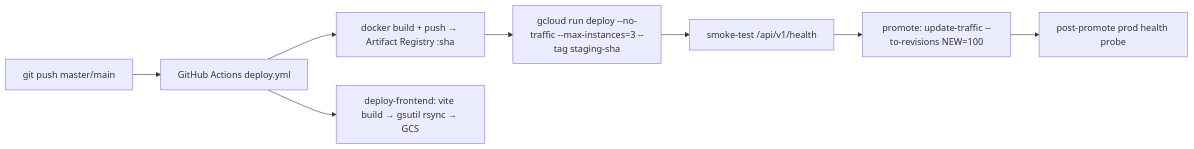
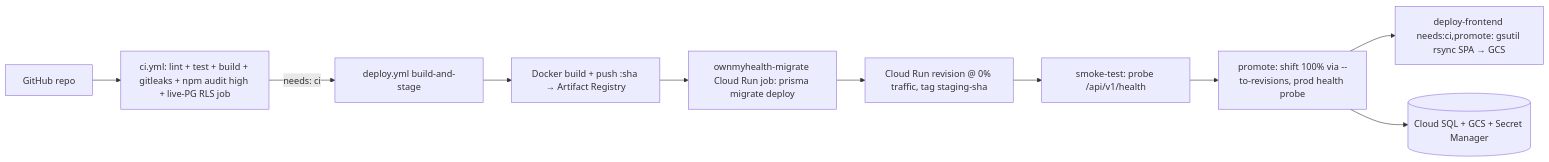
One commit to breilly1296/OwnMyHealth-Claude changed the ninth of 10 diagrams in New Project Documents/ARCHITECTURE.md. Above: the diagram before and after it, drawn with Mermaid. The commit also changed other lines of this file and 146 other files, not shown here.

````diff
--- a/New Project Documents/ARCHITECTURE.md
+++ b/New Project Documents/ARCHITECTURE.md
@@ -631,10 +636,12 @@
 ```mermaid
 flowchart LR
-  A[git push master/main] --> B[GitHub Actions deploy.yml]
-  B --> C[docker build + push → Artifact Registry :sha]
-  C --> D[gcloud run deploy --no-traffic --max-instances=3 --tag staging-sha]
-  D --> E[smoke-test /api/v1/health]
-  E --> F[promote: update-traffic --to-revisions NEW=100]
-  F --> G[post-promote prod health probe]
-  B --> H[deploy-frontend: vite build → gsutil rsync → GCS]
+  Repo[GitHub repo] --> CI[ci.yml: lint + test + build + gitleaks + npm audit high + live-PG RLS job]
+  CI -->|needs: ci| D[deploy.yml build-and-stage]
+  D --> IMG[Docker build + push :sha → Artifact Registry]
+  IMG --> MIG[ownmyhealth-migrate Cloud Run job: prisma migrate deploy]
+  MIG --> STAGE[Cloud Run revision @ 0% traffic, tag staging-sha]
+  STAGE --> SMOKE[smoke-test: probe /api/v1/health]
+  SMOKE --> PROMOTE[promote: shift 100% via --to-revisions, prod health probe]
+  PROMOTE --> FE[deploy-frontend needs:ci,promote: gsutil rsync SPA → GCS]
+  PROMOTE --> CR[(Cloud SQL + GCS + Secret Manager)]
 ```
````
